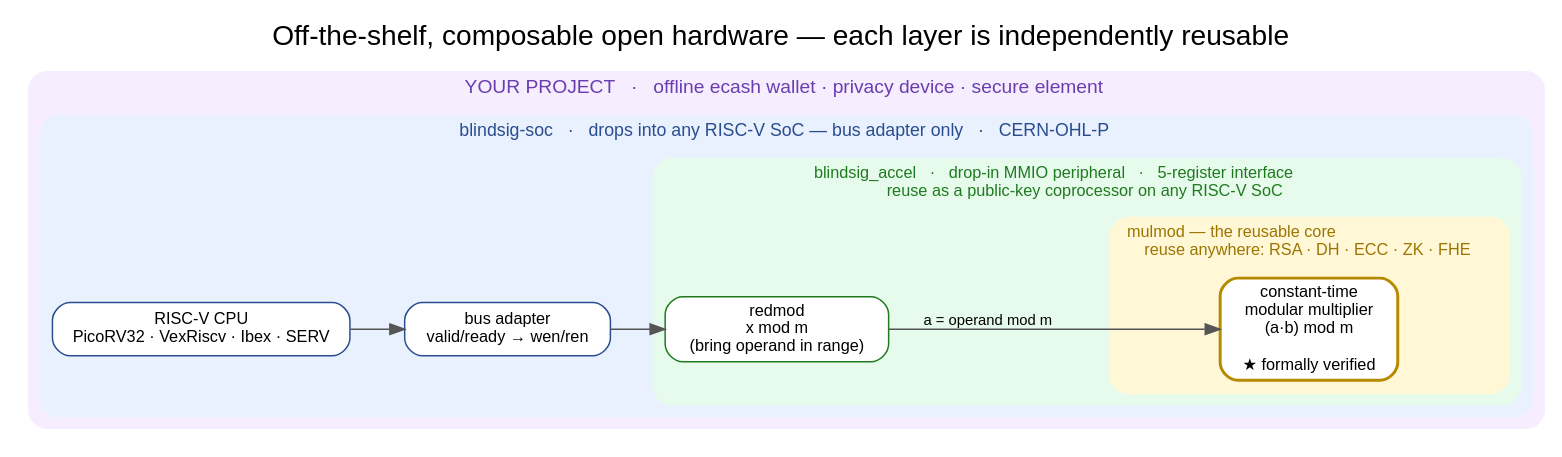
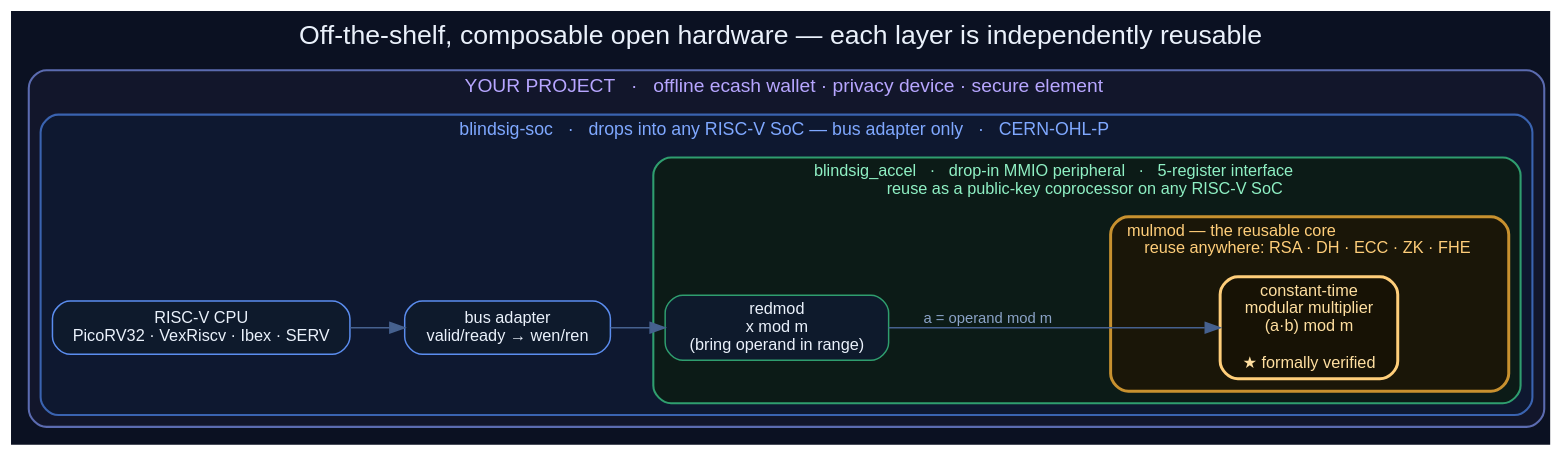
Before and after one commit to cong-or/blindsig-accel: the diagram in doc/composability.dot, drawn with Graphviz. The commit also changed 5 other files, not shown here.

First line of the commit message:
Restyle diagrams to the blueprint theme; untangle soc_arch

```diff
--- a/doc/composability.dot
+++ b/doc/composability.dot
@@ -1,42 +1,46 @@
+// composability.dot — nested, reusable open-hardware layers (blueprint theme)
+// Generate: dot -Tsvg composability.dot -o composability.svg
+//           dot -Tpng -Gdpi=140 composability.dot -o composability.png
+
 digraph composability {
   rankdir=LR;
-  bgcolor="white";
-  fontname="Helvetica"; fontsize=19; labelloc="t";
+  bgcolor="#0b1122";
+  fontname="Helvetica"; fontsize=18; labelloc="t"; fontcolor="#eaf1fb";
   label="Off-the-shelf, composable open hardware — each layer is independently reusable";
-  node  [fontname="Helvetica", fontsize=11, shape=box, style="filled,rounded"];
-  edge  [fontname="Helvetica", fontsize=10, color="#555555"];
+  node  [fontname="Helvetica", fontsize=11, shape=box, style="filled,rounded", fontcolor="#eaf1fb"];
+  edge  [fontname="Helvetica", fontsize=10, color="#46618f", fontcolor="#8ba3c7"];
 
   subgraph cluster_project {
-    style="rounded,filled"; color="#f6eeff"; penwidth=1;
+    style="rounded,filled"; fillcolor="#12162b"; color="#5b6bb0"; penwidth=1.4;
     label="  YOUR PROJECT   ·   offline ecash wallet · privacy device · secure element  ";
-    fontcolor="#6a3db0"; fontsize=13;
+    fontcolor="#b7a6ff"; fontsize=13;
 
     subgraph cluster_soc {
-      style="rounded,filled"; color="#e9f1ff"; penwidth=1;
+      style="rounded,filled"; fillcolor="#0e1830"; color="#3a63b0"; penwidth=1.4;
       label="  blindsig-soc   ·   drops into any RISC-V SoC — bus adapter only   ·   CERN-OHL-P  ";
-      fontcolor="#2a4d8f"; fontsize=12;
+      fontcolor="#7fa8ff"; fontsize=12;
 
-      cpu [label="RISC-V CPU\nPicoRV32 · VexRiscv · Ibex · SERV", fillcolor="#ffffff", color="#2a4d8f"];
-      bus [label="bus adapter\nvalid/ready → wen/ren", fillcolor="#ffffff", color="#2a4d8f"];
+      cpu [label="RISC-V CPU\nPicoRV32 · VexRiscv · Ibex · SERV", fillcolor="#0e1a2c", color="#5b8def"];
+      bus [label="bus adapter\nvalid/ready → wen/ren", fillcolor="#0e1a2c", color="#5b8def"];
 
       subgraph cluster_accel {
-        style="rounded,filled"; color="#e6fbec"; penwidth=1;
+        style="rounded,filled"; fillcolor="#0c1b17"; color="#2f9e6f"; penwidth=1.4;
         label="  blindsig_accel   ·   drop-in MMIO peripheral   ·   5-register interface\l  reuse as a public-key coprocessor on any RISC-V SoC  ";
-        fontcolor="#1f7a1f"; fontsize=11;
+        fontcolor="#8ff0c4"; fontsize=11;
 
-        redmod [label="redmod\nx mod m\n(bring operand in range)", fillcolor="#ffffff", color="#1f7a1f"];
+        redmod [label="redmod\nx mod m\n(bring operand in range)", fillcolor="#0e1a2c", color="#2f9e6f"];
 
         subgraph cluster_core {
-          style="rounded,filled"; color="#fff7d6"; penwidth=2;
+          style="rounded,filled"; fillcolor="#1a1608"; color="#c8912f"; penwidth=2;
           label="  mulmod — the reusable core\l  reuse anywhere: RSA · DH · ECC · ZK · FHE  ";
-          fontcolor="#9c7500"; fontsize=11;
-          mulmod [label="constant-time\nmodular multiplier\n(a·b) mod m\n\n★ formally verified", fillcolor="#ffffff", color="#b58900", penwidth=2];
+          fontcolor="#ffce7a"; fontsize=11;
+          mulmod [label="constant-time\nmodular multiplier\n(a·b) mod m\n\n★ formally verified", fillcolor="#171205", color="#ffce7a", penwidth=2, fontcolor="#ffdfa0"];
         }
       }
     }
   }
 
   cpu -> bus;
   bus -> redmod;
   redmod -> mulmod [label="a = operand mod m"];
 }
```
